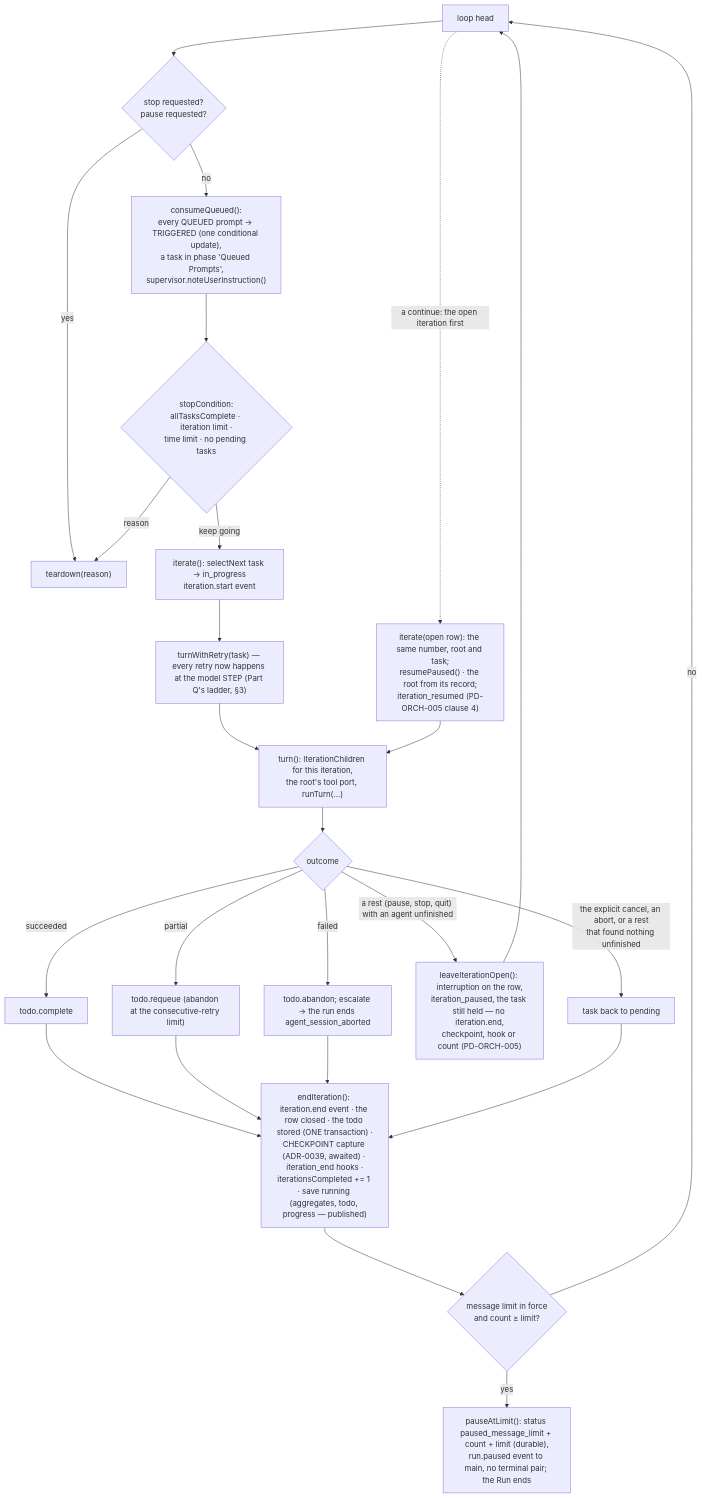
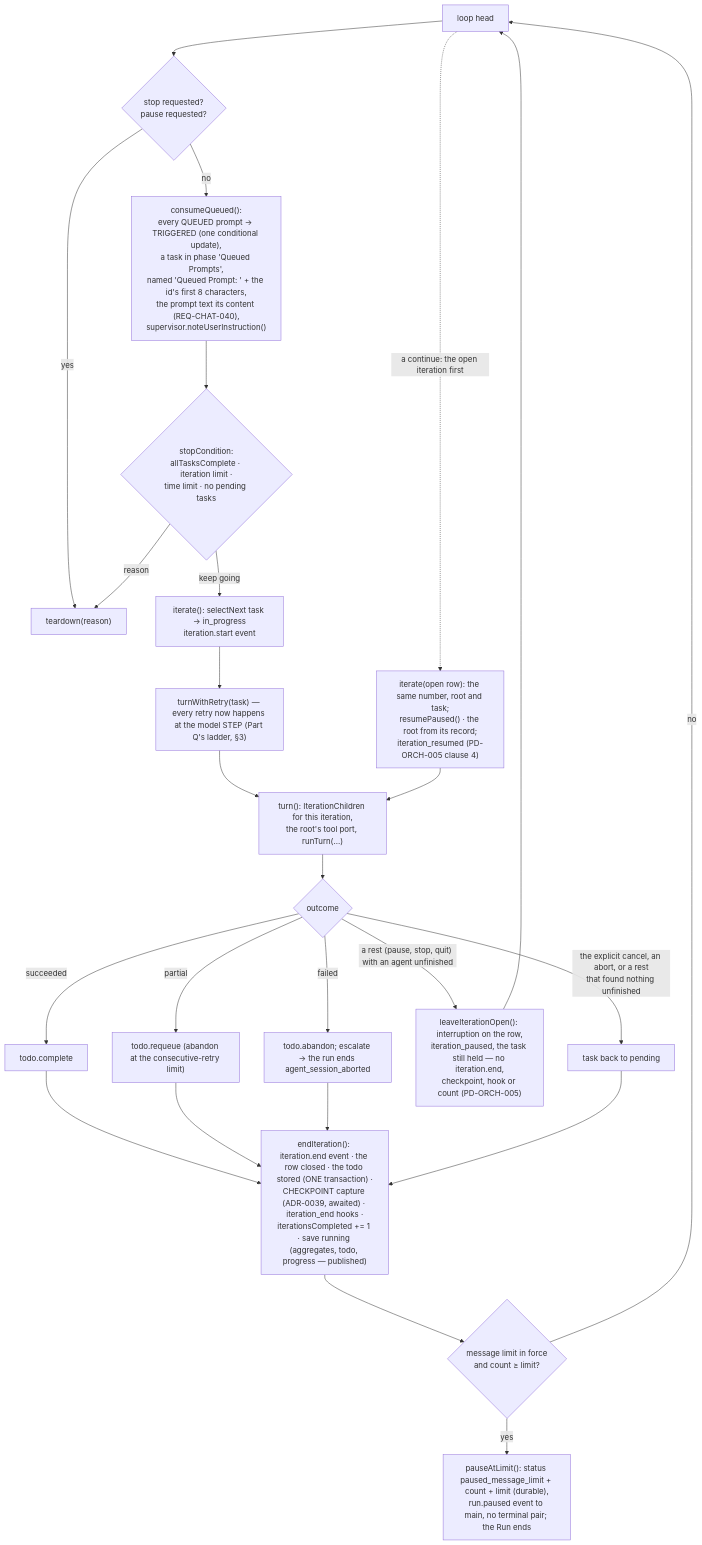
One commit to Concrete-Dynamics/Rotaris changed the second of 2 diagrams in docs/architecture/views/03-runtime-view.md. Above: the diagram before and after it, drawn with Mermaid. The commit also changed 14 other files, not shown here.

````diff
--- a/docs/architecture/views/03-runtime-view.md
+++ b/docs/architecture/views/03-runtime-view.md
@@ -192,24 +192,24 @@
 ```mermaid
 flowchart TB
   L0["loop head"] --> S1{"stop requested?<br/>pause requested?"}
   S1 -- yes --> T["teardown(reason)"]
-  S1 -- no --> Q["consumeQueued():<br/>every QUEUED prompt → TRIGGERED (one conditional update),<br/>a task in phase 'Queued Prompts',<br/>supervisor.noteUserInstruction()"]
+  S1 -- no --> Q["consumeQueued():<br/>every QUEUED prompt → TRIGGERED (one conditional update),<br/>a task in phase 'Queued Prompts',<br/>named 'Queued Prompt: ' + the id's first 8 characters,<br/>the prompt text its content (REQ-CHAT-040),<br/>supervisor.noteUserInstruction()"]
   Q --> S2{"stopCondition:<br/>allTasksComplete · iteration limit ·<br/>time limit · no pending tasks"}
   S2 -- reason --> T
   S2 -- keep going --> I["iterate(): selectNext task → in_progress<br/>iteration.start event"]
   I --> TR["turnWithRetry(task) — every retry now happens at the model STEP (Part Q's ladder, §3)"]
   TR --> TURN["turn(): IterationChildren for this iteration,<br/>the root's tool port, runTurn(...)"]
   TURN --> OUT{"outcome"}
   OUT -- succeeded --> C["todo.complete"]
   OUT -- partial --> RQ["todo.requeue (abandon at the consecutive-retry limit)"]
   OUT -- failed --> AB["todo.abandon; escalate → the run ends agent_session_aborted"]
   OUT -- "a rest (pause, stop, quit) with an agent unfinished" --> OPEN["leaveIterationOpen(): interruption on the row,<br/>iteration_paused, the task still held — no iteration.end,<br/>checkpoint, hook or count (PD-ORCH-005)"]
   OPEN --> L0
   L0 -. "a continue: the open iteration first" .-> RES["iterate(open row): the same number, root and task;<br/>resumePaused() · the root from its record;<br/>iteration_resumed (PD-ORCH-005 clause 4)"]
   RES --> TURN
   OUT -- "the explicit cancel, an abort, or a rest<br/>that found nothing unfinished" --> PEND["task back to pending"]
   C & RQ & AB & PEND --> E["endIteration(): iteration.end event · the row closed · the todo stored (ONE transaction) ·<br/>CHECKPOINT capture (ADR-0039, awaited) · iteration_end hooks ·<br/>iterationsCompleted += 1 · save running (aggregates, todo, progress — published)"]
   E --> ML{"message limit in force<br/>and count ≥ limit?"}
   ML -- yes --> PL["pauseAtLimit(): status paused_message_limit + count + limit (durable),<br/>run.paused event to main, no terminal pair; the Run ends"]
   ML -- no --> L0
 ```
````
